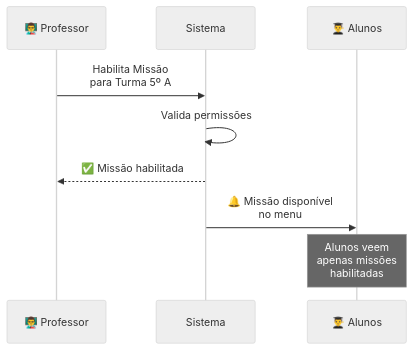
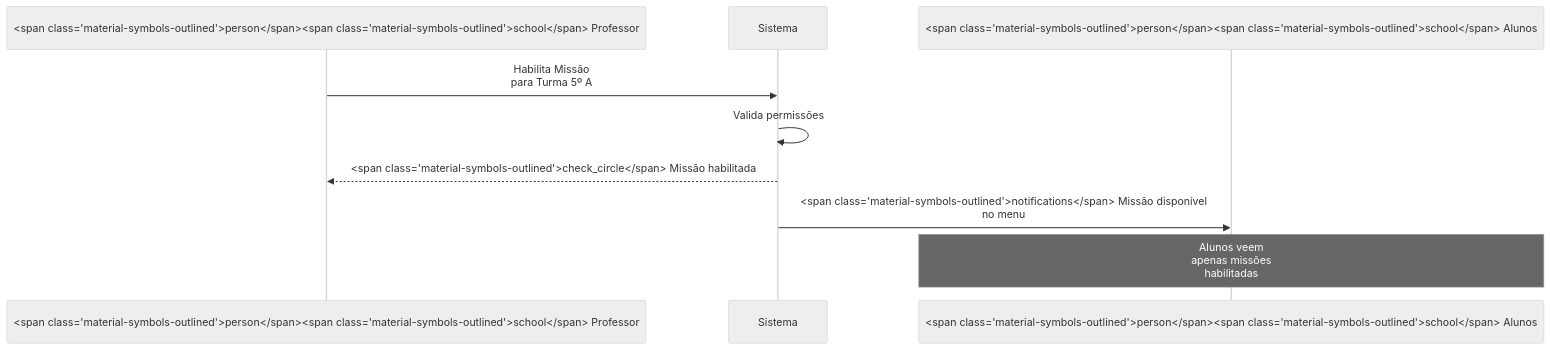
One commit to fabioeducacross/Ambiente_de_Prototipacao_V5 changed the fourth of 5 diagrams in documentation/docs/business-rules/domain-rules.md. Above: the diagram before and after it, drawn with Mermaid (neutral theme). The commit also changed other lines of this file and 46 other files, not shown here.

First line of the commit message:
feat: substitui emojis por Material Symbols icons na wiki

````diff
--- a/documentation/docs/business-rules/domain-rules.md
+++ b/documentation/docs/business-rules/domain-rules.md
@@ -136,13 +136,13 @@
 ```mermaid
 sequenceDiagram
-    participant Prof as 👨‍🏫 Professor
+    participant Prof as <span class="material-symbols-outlined">person</span>‍<span class="material-symbols-outlined">school</span> Professor
     participant Sist as Sistema
-    participant Aluno as 👨‍🎓 Alunos
+    participant Aluno as <span class="material-symbols-outlined">person</span>‍<span class="material-symbols-outlined">school</span> Alunos
     
     Prof->>Sist: Habilita Missão<br/>para Turma 5º A
     Sist->>Sist: Valida permissões
-    Sist-->>Prof: ✅ Missão habilitada
-    Sist->>Aluno: 🔔 Missão disponível<br/>no menu
+    Sist-->>Prof: <span class="material-symbols-outlined">check_circle</span> Missão habilitada
+    Sist->>Aluno: <span class="material-symbols-outlined">notifications</span> Missão disponível<br/>no menu
     
     Note over Aluno: Alunos veem<br/>apenas missões<br/>habilitadas
 ```
````
